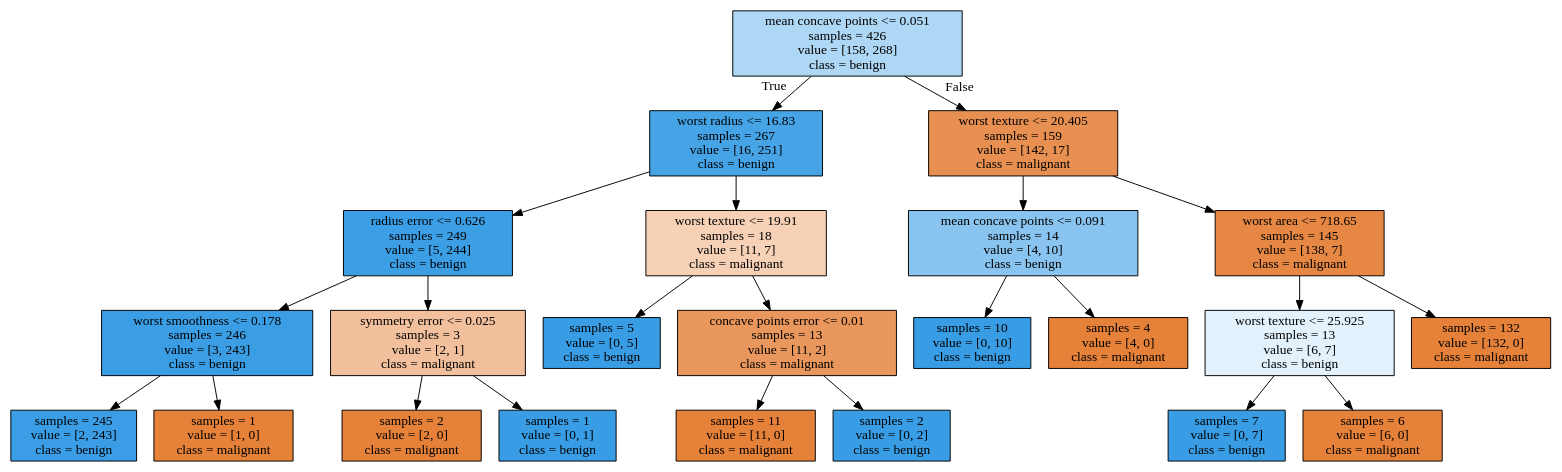
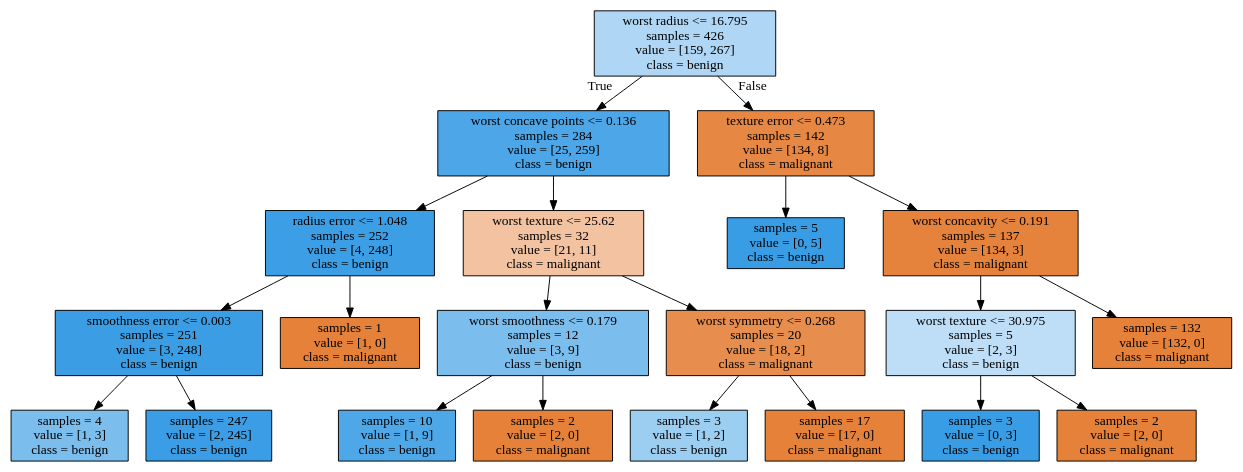
The diagram in tree.dot (Patabu2/machine_learning_study), drawn with Graphviz before and after one commit. The commit also changed 2 other files, not shown here.

```diff
--- a/tree.dot
+++ b/tree.dot
@@ -1,48 +1,44 @@
 digraph Tree {
 node [shape=box, style="filled", color="black"] ;
-0 [label="mean concave points <= 0.051\nsamples = 426\nvalue = [158, 268]\nclass = benign", fillcolor="#399de569"] ;
-1 [label="worst radius <= 16.83\nsamples = 267\nvalue = [16, 251]\nclass = benign", fillcolor="#399de5ef"] ;
+0 [label="worst radius <= 16.795\nsamples = 426\nvalue = [159, 267]\nclass = benign", fillcolor="#399de567"] ;
+1 [label="worst concave points <= 0.136\nsamples = 284\nvalue = [25, 259]\nclass = benign", fillcolor="#399de5e6"] ;
 0 -> 1 [labeldistance=2.5, labelangle=45, headlabel="True"] ;
-2 [label="radius error <= 0.626\nsamples = 249\nvalue = [5, 244]\nclass = benign", fillcolor="#399de5fa"] ;
+2 [label="radius error <= 1.048\nsamples = 252\nvalue = [4, 248]\nclass = benign", fillcolor="#399de5fb"] ;
 1 -> 2 ;
-3 [label="worst smoothness <= 0.178\nsamples = 246\nvalue = [3, 243]\nclass = benign", fillcolor="#399de5fc"] ;
+3 [label="smoothness error <= 0.003\nsamples = 251\nvalue = [3, 248]\nclass = benign", fillcolor="#399de5fc"] ;
 2 -> 3 ;
-4 [label="samples = 245\nvalue = [2, 243]\nclass = benign", fillcolor="#399de5fd"] ;
+4 [label="samples = 4\nvalue = [1, 3]\nclass = benign", fillcolor="#399de5aa"] ;
 3 -> 4 ;
-5 [label="samples = 1\nvalue = [1, 0]\nclass = malignant", fillcolor="#e58139ff"] ;
+5 [label="samples = 247\nvalue = [2, 245]\nclass = benign", fillcolor="#399de5fd"] ;
 3 -> 5 ;
-6 [label="symmetry error <= 0.025\nsamples = 3\nvalue = [2, 1]\nclass = malignant", fillcolor="#e581397f"] ;
+6 [label="samples = 1\nvalue = [1, 0]\nclass = malignant", fillcolor="#e58139ff"] ;
 2 -> 6 ;
-7 [label="samples = 2\nvalue = [2, 0]\nclass = malignant", fillcolor="#e58139ff"] ;
-6 -> 7 ;
-8 [label="samples = 1\nvalue = [0, 1]\nclass = benign", fillcolor="#399de5ff"] ;
-6 -> 8 ;
-9 [label="worst texture <= 19.91\nsamples = 18\nvalue = [11, 7]\nclass = malignant", fillcolor="#e581395d"] ;
-1 -> 9 ;
-10 [label="samples = 5\nvalue = [0, 5]\nclass = benign", fillcolor="#399de5ff"] ;
-9 -> 10 ;
-11 [label="concave points error <= 0.01\nsamples = 13\nvalue = [11, 2]\nclass = malignant", fillcolor="#e58139d1"] ;
-9 -> 11 ;
-12 [label="samples = 11\nvalue = [11, 0]\nclass = malignant", fillcolor="#e58139ff"] ;
+7 [label="worst texture <= 25.62\nsamples = 32\nvalue = [21, 11]\nclass = malignant", fillcolor="#e5813979"] ;
+1 -> 7 ;
+8 [label="worst smoothness <= 0.179\nsamples = 12\nvalue = [3, 9]\nclass = benign", fillcolor="#399de5aa"] ;
+7 -> 8 ;
+9 [label="samples = 10\nvalue = [1, 9]\nclass = benign", fillcolor="#399de5e3"] ;
+8 -> 9 ;
+10 [label="samples = 2\nvalue = [2, 0]\nclass = malignant", fillcolor="#e58139ff"] ;
+8 -> 10 ;
+11 [label="worst symmetry <= 0.268\nsamples = 20\nvalue = [18, 2]\nclass = malignant", fillcolor="#e58139e3"] ;
+7 -> 11 ;
+12 [label="samples = 3\nvalue = [1, 2]\nclass = benign", fillcolor="#399de57f"] ;
 11 -> 12 ;
-13 [label="samples = 2\nvalue = [0, 2]\nclass = benign", fillcolor="#399de5ff"] ;
+13 [label="samples = 17\nvalue = [17, 0]\nclass = malignant", fillcolor="#e58139ff"] ;
 11 -> 13 ;
-14 [label="worst texture <= 20.405\nsamples = 159\nvalue = [142, 17]\nclass = malignant", fillcolor="#e58139e0"] ;
+14 [label="texture error <= 0.473\nsamples = 142\nvalue = [134, 8]\nclass = malignant", fillcolor="#e58139f0"] ;
 0 -> 14 [labeldistance=2.5, labelangle=-45, headlabel="False"] ;
-15 [label="mean concave points <= 0.091\nsamples = 14\nvalue = [4, 10]\nclass = benign", fillcolor="#399de599"] ;
+15 [label="samples = 5\nvalue = [0, 5]\nclass = benign", fillcolor="#399de5ff"] ;
 14 -> 15 ;
-16 [label="samples = 10\nvalue = [0, 10]\nclass = benign", fillcolor="#399de5ff"] ;
-15 -> 16 ;
-17 [label="samples = 4\nvalue = [4, 0]\nclass = malignant", fillcolor="#e58139ff"] ;
-15 -> 17 ;
-18 [label="worst area <= 718.65\nsamples = 145\nvalue = [138, 7]\nclass = malignant", fillcolor="#e58139f2"] ;
-14 -> 18 ;
-19 [label="worst texture <= 25.925\nsamples = 13\nvalue = [6, 7]\nclass = benign", fillcolor="#399de524"] ;
-18 -> 19 ;
-20 [label="samples = 7\nvalue = [0, 7]\nclass = benign", fillcolor="#399de5ff"] ;
-19 -> 20 ;
-21 [label="samples = 6\nvalue = [6, 0]\nclass = malignant", fillcolor="#e58139ff"] ;
-19 -> 21 ;
-22 [label="samples = 132\nvalue = [132, 0]\nclass = malignant", fillcolor="#e58139ff"] ;
-18 -> 22 ;
+16 [label="worst concavity <= 0.191\nsamples = 137\nvalue = [134, 3]\nclass = malignant", fillcolor="#e58139f9"] ;
+14 -> 16 ;
+17 [label="worst texture <= 30.975\nsamples = 5\nvalue = [2, 3]\nclass = benign", fillcolor="#399de555"] ;
+16 -> 17 ;
+18 [label="samples = 3\nvalue = [0, 3]\nclass = benign", fillcolor="#399de5ff"] ;
+17 -> 18 ;
+19 [label="samples = 2\nvalue = [2, 0]\nclass = malignant", fillcolor="#e58139ff"] ;
+17 -> 19 ;
+20 [label="samples = 132\nvalue = [132, 0]\nclass = malignant", fillcolor="#e58139ff"] ;
+16 -> 20 ;
 }
```
